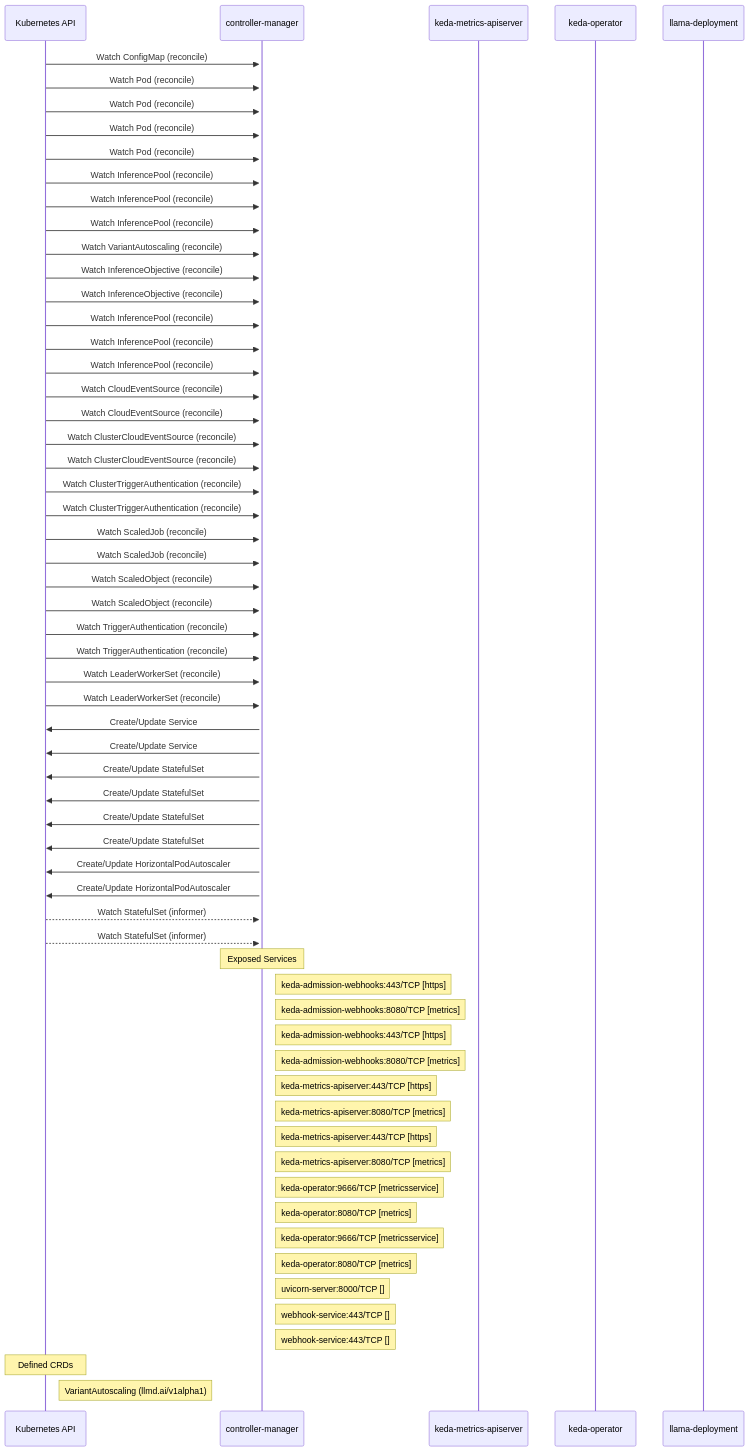
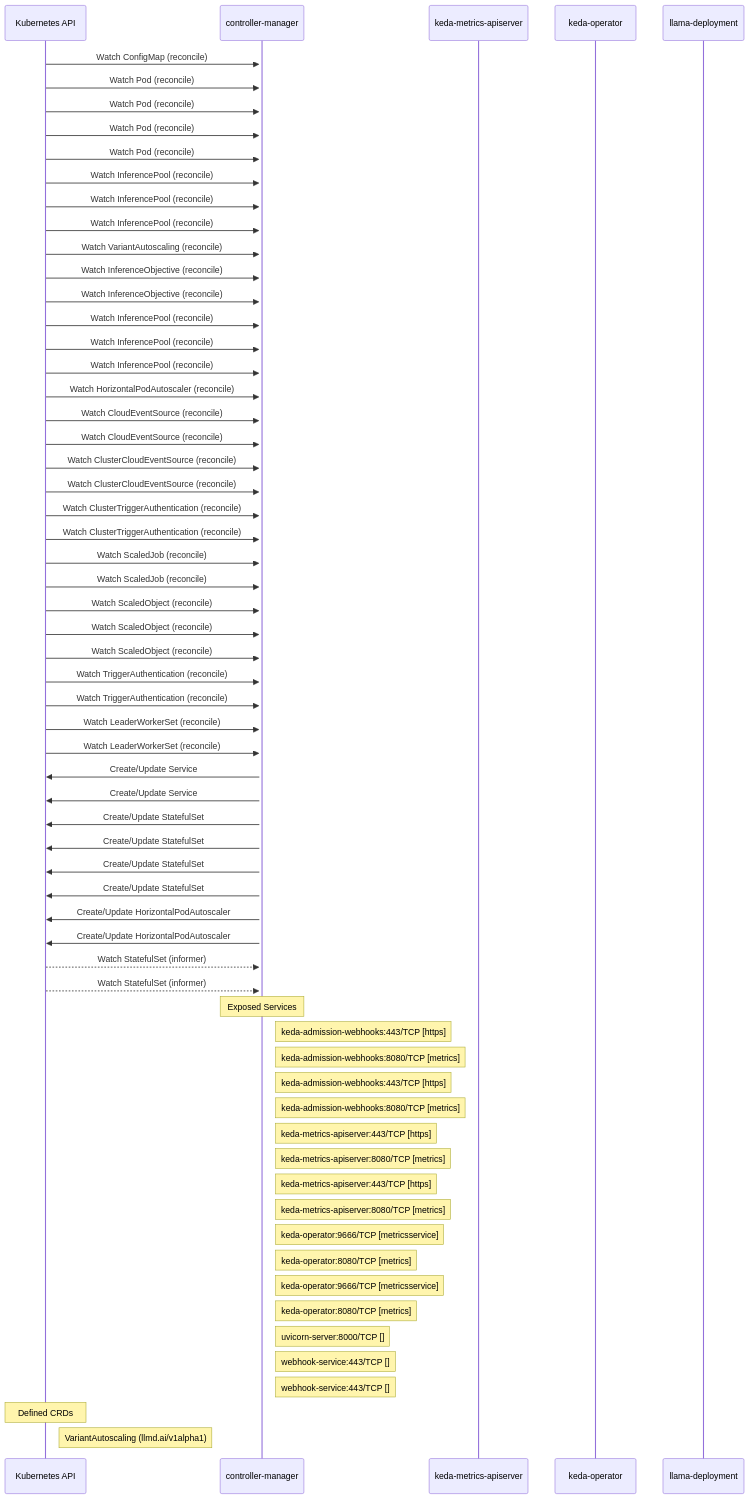
One commit to ugiordan/rhoai-architecture-analyzer changed the diagram in site/docs/use-cases/odh-platform/components/workload_variant_autoscaler/dataflow.md. Above: the diagram before and after it, drawn with Mermaid. The commit also changed other lines of this file and 331 other files, not shown here.

````diff
--- a/site/docs/use-cases/odh-platform/components/workload_variant_autoscaler/dataflow.md
+++ b/site/docs/use-cases/odh-platform/components/workload_variant_autoscaler/dataflow.md
@@ -58,69 +60,71 @@
 ```mermaid
 sequenceDiagram
     %% Static dataflow for workload-variant-autoscaler
 
     participant KubernetesAPI as Kubernetes API
     participant controller_manager as controller-manager
     participant keda_metrics_apiserver as keda-metrics-apiserver
     participant keda_operator as keda-operator
     participant llama_deployment as llama-deployment
 
     KubernetesAPI->>+controller_manager: Watch ConfigMap (reconcile)
     KubernetesAPI->>+controller_manager: Watch Pod (reconcile)
     KubernetesAPI->>+controller_manager: Watch Pod (reconcile)
     KubernetesAPI->>+controller_manager: Watch Pod (reconcile)
     KubernetesAPI->>+controller_manager: Watch Pod (reconcile)
     KubernetesAPI->>+controller_manager: Watch InferencePool (reconcile)
     KubernetesAPI->>+controller_manager: Watch InferencePool (reconcile)
     KubernetesAPI->>+controller_manager: Watch InferencePool (reconcile)
     KubernetesAPI->>+controller_manager: Watch VariantAutoscaling (reconcile)
     KubernetesAPI->>+controller_manager: Watch InferenceObjective (reconcile)
     KubernetesAPI->>+controller_manager: Watch InferenceObjective (reconcile)
     KubernetesAPI->>+controller_manager: Watch InferencePool (reconcile)
     KubernetesAPI->>+controller_manager: Watch InferencePool (reconcile)
     KubernetesAPI->>+controller_manager: Watch InferencePool (reconcile)
+    KubernetesAPI->>+controller_manager: Watch HorizontalPodAutoscaler (reconcile)
     KubernetesAPI->>+controller_manager: Watch CloudEventSource (reconcile)
     KubernetesAPI->>+controller_manager: Watch CloudEventSource (reconcile)
     KubernetesAPI->>+controller_manager: Watch ClusterCloudEventSource (reconcile)
     KubernetesAPI->>+controller_manager: Watch ClusterCloudEventSource (reconcile)
     KubernetesAPI->>+controller_manager: Watch ClusterTriggerAuthentication (reconcile)
     KubernetesAPI->>+controller_manager: Watch ClusterTriggerAuthentication (reconcile)
     KubernetesAPI->>+controller_manager: Watch ScaledJob (reconcile)
     KubernetesAPI->>+controller_manager: Watch ScaledJob (reconcile)
+    KubernetesAPI->>+controller_manager: Watch ScaledObject (reconcile)
     KubernetesAPI->>+controller_manager: Watch ScaledObject (reconcile)
     KubernetesAPI->>+controller_manager: Watch ScaledObject (reconcile)
     KubernetesAPI->>+controller_manager: Watch TriggerAuthentication (reconcile)
     KubernetesAPI->>+controller_manager: Watch TriggerAuthentication (reconcile)
     KubernetesAPI->>+controller_manager: Watch LeaderWorkerSet (reconcile)
     KubernetesAPI->>+controller_manager: Watch LeaderWorkerSet (reconcile)
     controller_manager->>KubernetesAPI: Create/Update Service
     controller_manager->>KubernetesAPI: Create/Update Service
     controller_manager->>KubernetesAPI: Create/Update StatefulSet
     controller_manager->>KubernetesAPI: Create/Update StatefulSet
     controller_manager->>KubernetesAPI: Create/Update StatefulSet
     controller_manager->>KubernetesAPI: Create/Update StatefulSet
     controller_manager->>KubernetesAPI: Create/Update HorizontalPodAutoscaler
     controller_manager->>KubernetesAPI: Create/Update HorizontalPodAutoscaler
     KubernetesAPI-->>+controller_manager: Watch StatefulSet (informer)
     KubernetesAPI-->>+controller_manager: Watch StatefulSet (informer)
 
     Note over controller_manager: Exposed Services
     Note right of controller_manager: keda-admission-webhooks:443/TCP [https]
     Note right of controller_manager: keda-admission-webhooks:8080/TCP [metrics]
     Note right of controller_manager: keda-admission-webhooks:443/TCP [https]
     Note right of controller_manager: keda-admission-webhooks:8080/TCP [metrics]
     Note right of controller_manager: keda-metrics-apiserver:443/TCP [https]
     Note right of controller_manager: keda-metrics-apiserver:8080/TCP [metrics]
     Note right of controller_manager: keda-metrics-apiserver:443/TCP [https]
     Note right of controller_manager: keda-metrics-apiserver:8080/TCP [metrics]
     Note right of controller_manager: keda-operator:9666/TCP [metricsservice]
     Note right of controller_manager: keda-operator:8080/TCP [metrics]
     Note right of controller_manager: keda-operator:9666/TCP [metricsservice]
     Note right of controller_manager: keda-operator:8080/TCP [metrics]
     Note right of controller_manager: uvicorn-server:8000/TCP []
     Note right of controller_manager: webhook-service:443/TCP []
     Note right of controller_manager: webhook-service:443/TCP []
 
     Note over KubernetesAPI: Defined CRDs
     Note right of KubernetesAPI: VariantAutoscaling (llmd.ai/v1alpha1)
 ```
````
